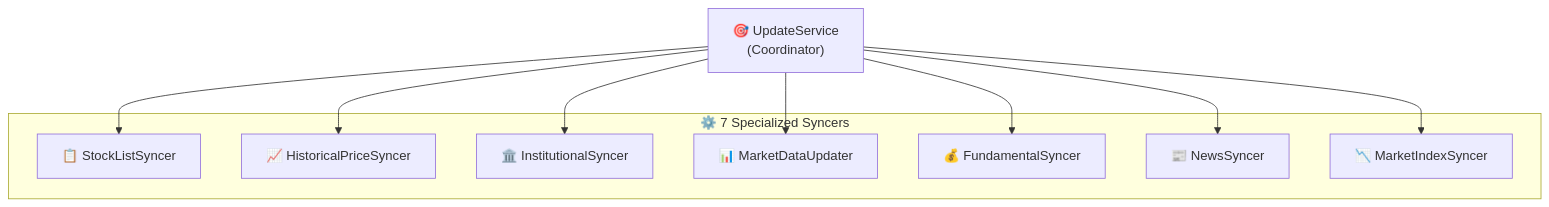
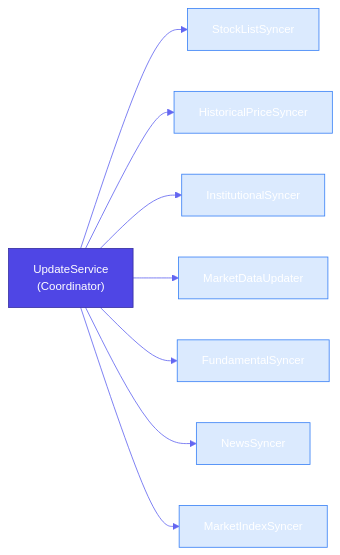
One commit to Neal75418/afterclose changed the fourth of 4 diagrams in CLAUDE.md. Above: the diagram before and after it, drawn with Mermaid. The commit also changed other lines of this file and 4 other files, not shown here.

First line of the commit message:
docs: unify markdown style with professional Mermaid diagrams

````diff
--- a/CLAUDE.md
+++ b/CLAUDE.md
@@ -130,22 +148,22 @@
 ```mermaid
-flowchart TB
-    US["🎯 UpdateService<br/>(Coordinator)"]
+%%{init: {'theme': 'base', 'themeVariables': {'primaryColor': '#4F46E5', 'primaryTextColor': '#fff', 'primaryBorderColor': '#3730A3', 'lineColor': '#6366F1', 'fontSize': '14px'}}}%%
+graph LR
+    US["UpdateService<br/>(Coordinator)"]
 
-    subgraph Syncers["⚙️ 7 Specialized Syncers"]
-        SLS["📋 StockListSyncer"]
-        HPS["📈 HistoricalPriceSyncer"]
-        IS["🏛️ InstitutionalSyncer"]
-        MDU["📊 MarketDataUpdater"]
-        FS["💰 FundamentalSyncer"]
-        NS["📰 NewsSyncer"]
-        MIS["📉 MarketIndexSyncer"]
-    end
+    US --> SLS["StockListSyncer"]
+    US --> HPS["HistoricalPriceSyncer"]
+    US --> IS["InstitutionalSyncer"]
+    US --> MDU["MarketDataUpdater"]
+    US --> FS["FundamentalSyncer"]
+    US --> NS["NewsSyncer"]
+    US --> MIS["MarketIndexSyncer"]
 
-    US --> SLS
-    US --> HPS
-    US --> IS
-    US --> MDU
-    US --> FS
-    US --> NS
-    US --> MIS
+    style US fill:#4F46E5,stroke:#3730A3,color:#fff
+    style SLS fill:#DBEAFE,stroke:#3B82F6
+    style HPS fill:#DBEAFE,stroke:#3B82F6
+    style IS fill:#DBEAFE,stroke:#3B82F6
+    style MDU fill:#DBEAFE,stroke:#3B82F6
+    style FS fill:#DBEAFE,stroke:#3B82F6
+    style NS fill:#DBEAFE,stroke:#3B82F6
+    style MIS fill:#DBEAFE,stroke:#3B82F6
 ```
````
